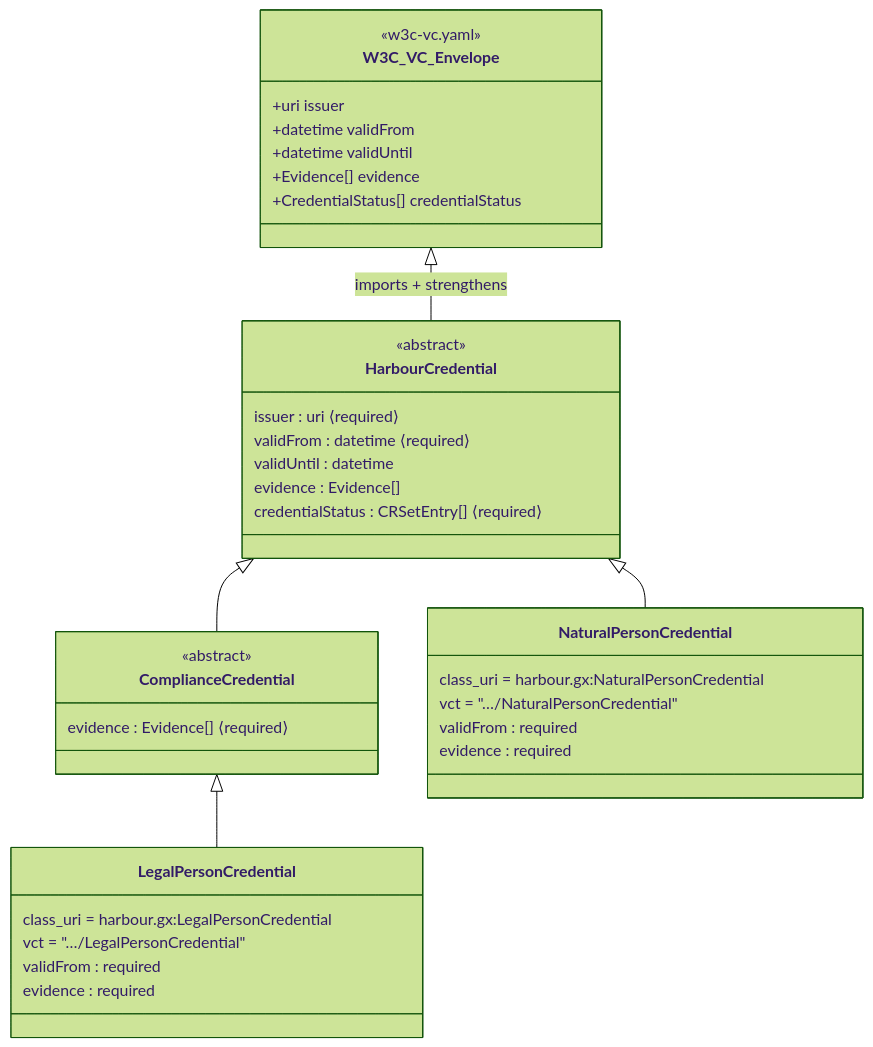
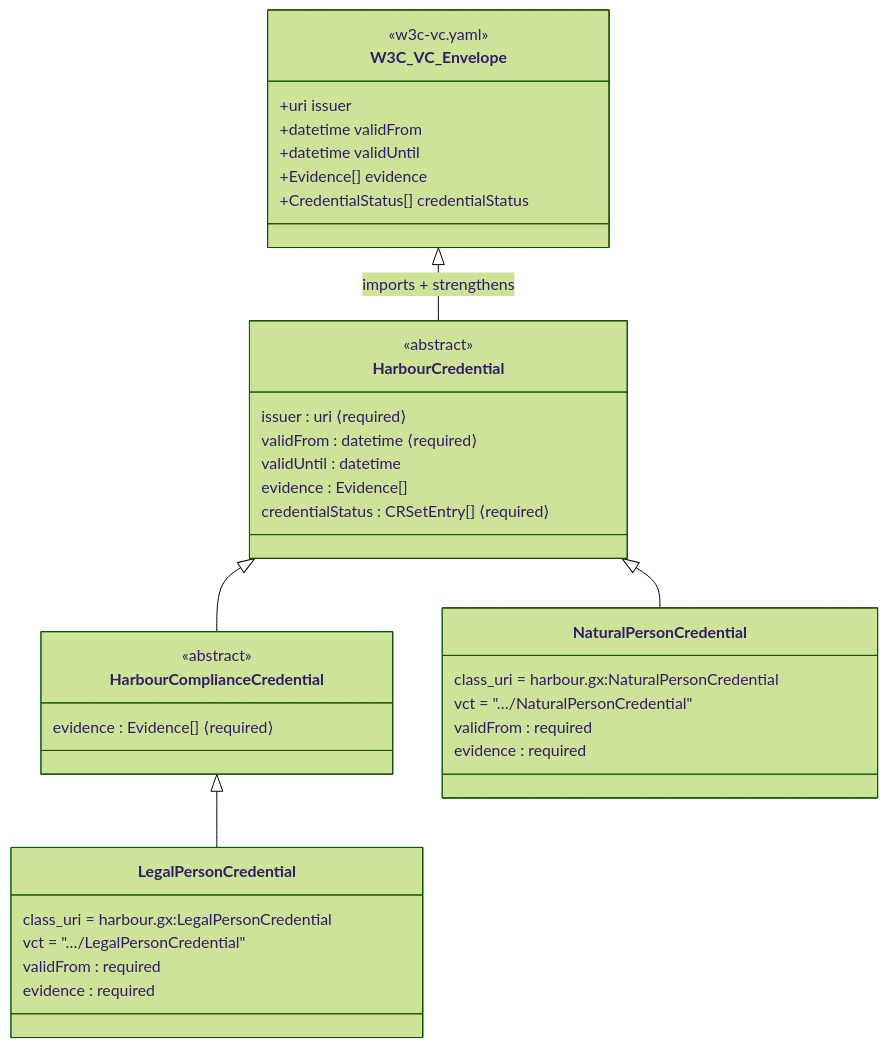
One commit to reachhaven/harbour-credentials changed the second of 8 diagrams in docs/schema/credential-model.md. Above: the diagram before and after it, drawn with Mermaid (forest theme). The commit also changed other lines of this file and 41 other files, not shown here.

````diff
--- a/docs/schema/credential-model.md
+++ b/docs/schema/credential-model.md
@@ -43,44 +43,44 @@
 ```mermaid
 classDiagram
     class W3C_VC_Envelope {
         <<w3c-vc.yaml>>
         +uri issuer
         +datetime validFrom
         +datetime validUntil
         +Evidence[] evidence
         +CredentialStatus[] credentialStatus
     }
 
     class HarbourCredential {
         <<abstract>>
         issuer : uri ⟨required⟩
         validFrom : datetime ⟨required⟩
         validUntil : datetime
         evidence : Evidence[]
         credentialStatus : CRSetEntry[] ⟨required⟩
     }
 
-    class ComplianceCredential {
+    class HarbourComplianceCredential {
         <<abstract>>
         evidence : Evidence[] ⟨required⟩
     }
 
     class LegalPersonCredential {
         class_uri = harbour.gx:LegalPersonCredential
         vct = "…/LegalPersonCredential"
         validFrom : required
         evidence : required
     }
 
     class NaturalPersonCredential {
         class_uri = harbour.gx:NaturalPersonCredential
         vct = "…/NaturalPersonCredential"
         validFrom : required
         evidence : required
     }
 
     W3C_VC_Envelope <|-- HarbourCredential : imports + strengthens
-    HarbourCredential <|-- ComplianceCredential
-    ComplianceCredential <|-- LegalPersonCredential
+    HarbourCredential <|-- HarbourComplianceCredential
+    HarbourComplianceCredential <|-- LegalPersonCredential
     HarbourCredential <|-- NaturalPersonCredential
 ```
````
